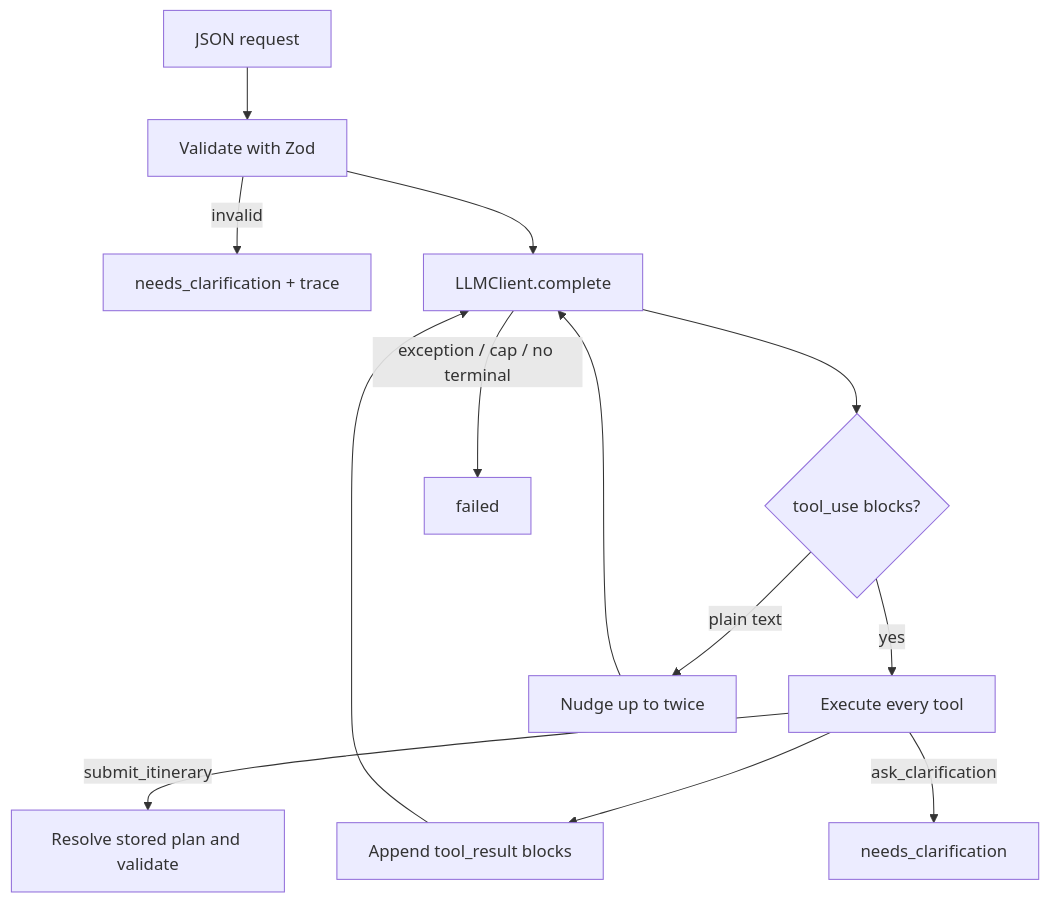
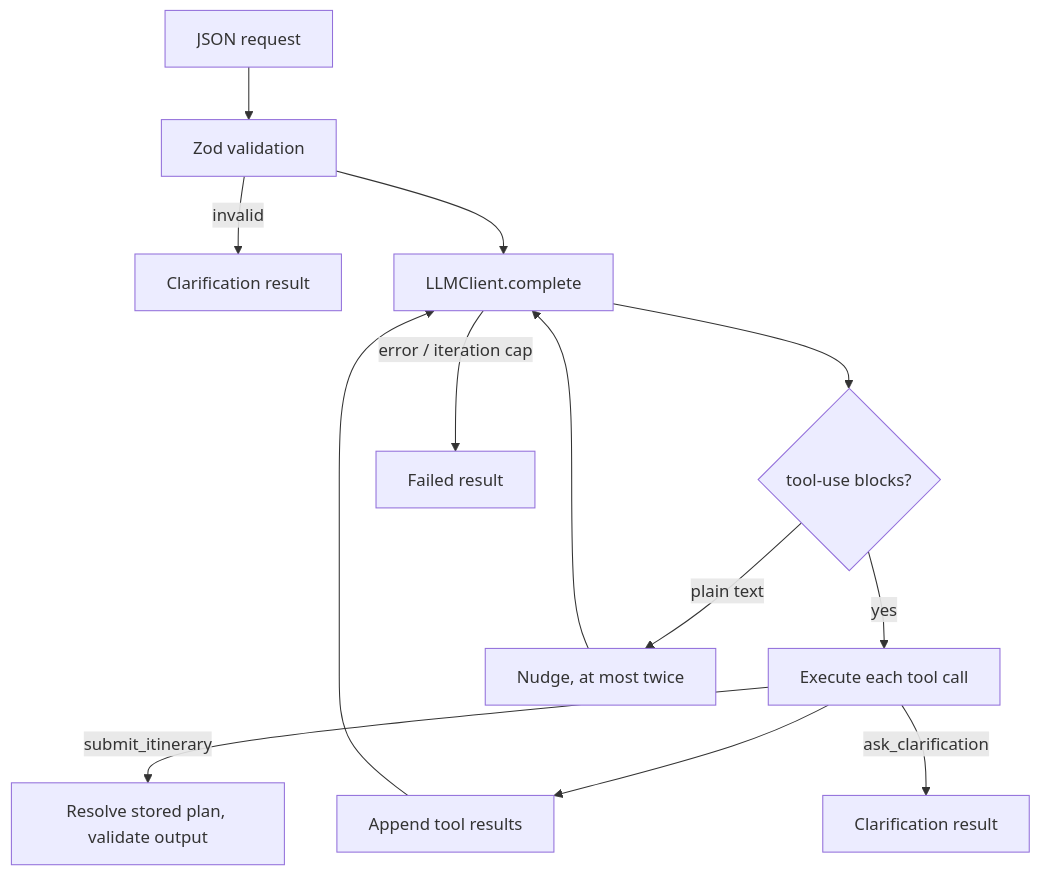
Before and after one commit to Tomasko124/wayfinder-agent2: the diagram in README.md, drawn with Mermaid. The commit also changed other lines of this file and 83 other files, not shown here.

````diff
--- a/README.md
+++ b/README.md
@@ -7,15 +7,15 @@
 ```mermaid
 flowchart TD
-  A[JSON request] --> B[Validate with Zod]
-  B -->|invalid| C[needs_clarification + trace]
+  A[JSON request] --> B[Zod validation]
+  B -->|invalid| C[Clarification result]
   B --> D[LLMClient.complete]
-  D --> E{tool_use blocks?}
-  E -->|yes| F[Execute every tool]
-  F --> G[Append tool_result blocks]
+  D --> E{tool-use blocks?}
+  E -->|yes| F[Execute each tool call]
+  F --> G[Append tool results]
   G --> D
-  E -->|plain text| H[Nudge up to twice]
+  E -->|plain text| H[Nudge, at most twice]
   H --> D
-  F -->|submit_itinerary| I[Resolve stored plan and validate]
-  F -->|ask_clarification| J[needs_clarification]
-  D -->|exception / cap / no terminal| K[failed]
+  F -->|submit_itinerary| I[Resolve stored plan, validate output]
+  F -->|ask_clarification| J[Clarification result]
+  D -->|error / iteration cap| K[Failed result]
 ```
````
